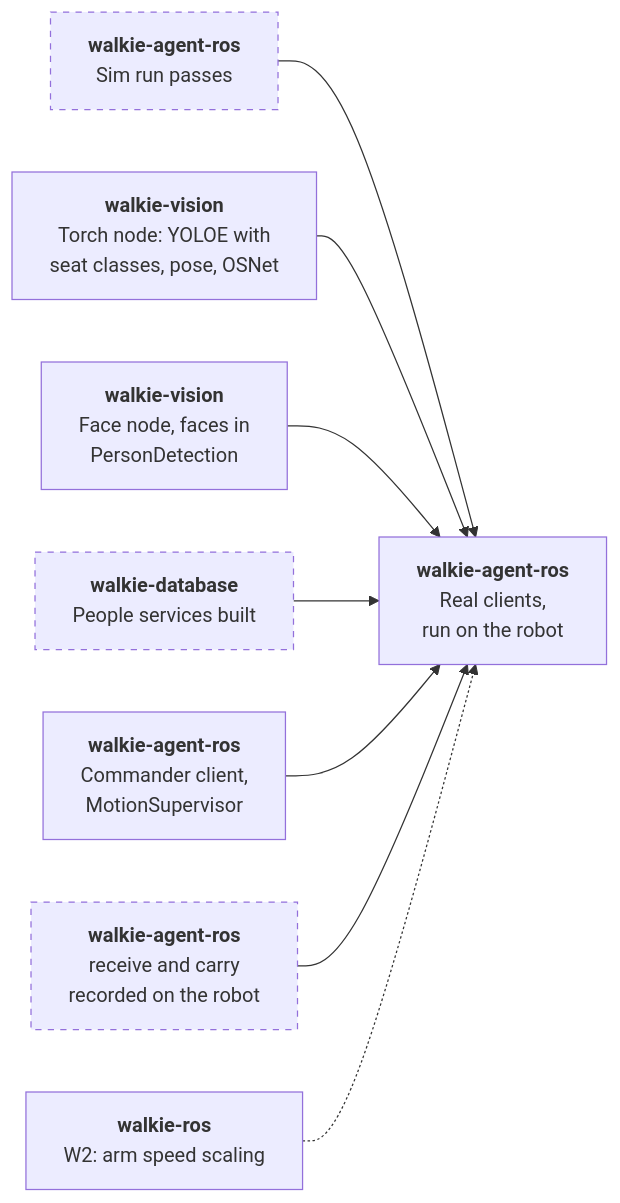
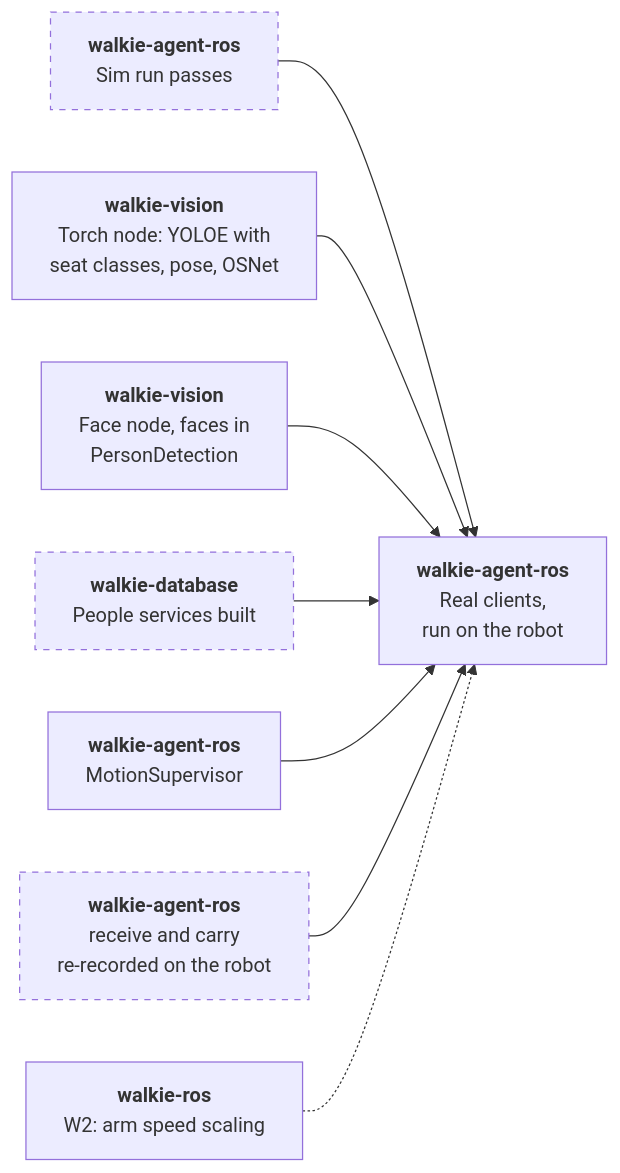
One commit to EIC-Robocup-2026/walkie-agent-ros changed the fourth of 4 diagrams in docs/architecture/hri.md. Above: the diagram before and after it, drawn with Mermaid. The commit also changed other lines of this file and 43 other files, not shown here.

````diff
--- a/docs/architecture/hri.md
+++ b/docs/architecture/hri.md
@@ -487,21 +493,21 @@
 ```mermaid
 flowchart LR
     t["<b>walkie-agent-ros</b><br/>Sim run passes"]:::proposed
     v1["<b>walkie-vision</b><br/>Torch node: YOLOE with<br/>seat classes, pose, OSNet"]
     v2["<b>walkie-vision</b><br/>Face node, faces in<br/>PersonDetection"]
     d3["<b>walkie-database</b><br/>People services built"]:::proposed
-    ac["<b>walkie-agent-ros</b><br/>Commander client,<br/>MotionSupervisor"]
-    rp["<b>walkie-agent-ros</b><br/>receive and carry<br/>recorded on the robot"]:::proposed
+    ac["<b>walkie-agent-ros</b><br/>MotionSupervisor"]
+    rp["<b>walkie-agent-ros</b><br/>receive and carry<br/>re-recorded on the robot"]:::proposed
     w2["<b>walkie-ros</b><br/>W2: arm speed scaling"]
     r["<b>walkie-agent-ros</b><br/>Real clients,<br/>run on the robot"]
 
     t --> r
     v1 --> r
     v2 --> r
     d3 --> r
     ac --> r
     rp --> r
     w2 -.-> r
 
     classDef proposed stroke-dasharray: 5 5;
 ```
````
